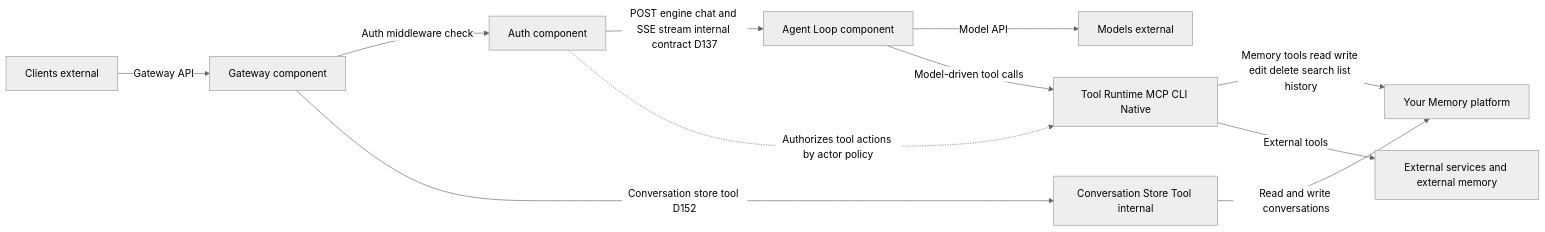
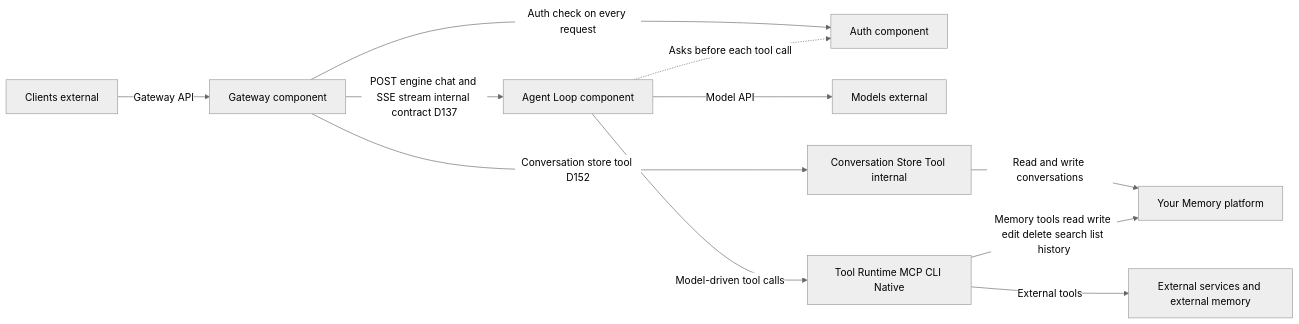
Before and after one commit to Personal-AI-Architecture/the-architecture: the diagram in docs/in-depth-overview/implementers-reference.md, drawn with Mermaid (neutral theme). The commit also changed other lines of this file and 87 other files, not shown here.

````diff
--- a/docs/in-depth-overview/implementers-reference.md
+++ b/docs/in-depth-overview/implementers-reference.md
@@ -16,16 +16,16 @@
 ```mermaid
 flowchart LR
     C[Clients external] -->|Gateway API| G[Gateway component]
-    G -->|Auth middleware check| A[Auth component]
-    A -->|POST engine chat and SSE stream internal contract D137| E[Agent Loop component]
+    G -->|Auth check on every request| A[Auth component]
+    G -->|POST engine chat and SSE stream internal contract D137| E[Agent Loop component]
     E -->|Model API| M[Models external]
 
     G -->|Conversation store tool D152| CST[Conversation Store Tool internal]
     CST -->|Read and write conversations| YM[Your Memory platform]
 
     E -->|Model-driven tool calls| TR[Tool Runtime MCP CLI Native]
     TR -->|Memory tools read write edit delete search list history| YM
     TR -->|External tools| EX[External services and external memory]
 
-    A -.->|Authorizes tool actions by actor policy| TR
+    E -.->|Asks before each tool call| A
 ```
````
